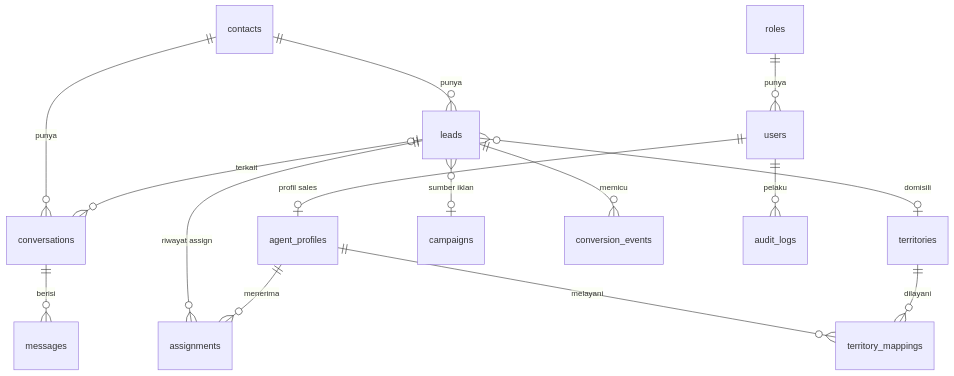
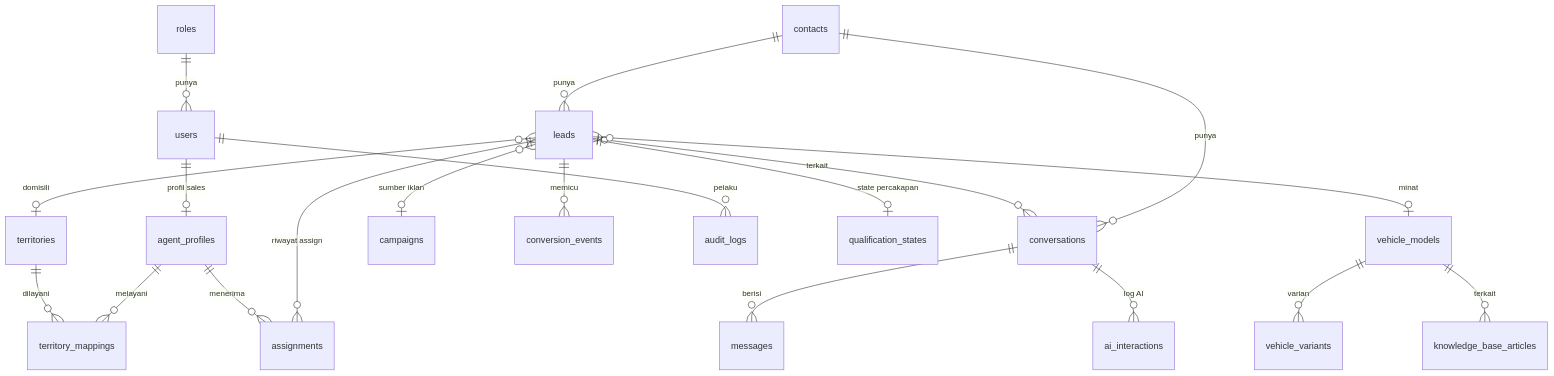
The diagram in docs/DATABASE_DESIGN.md (rezaalvinff/dipo-ai-lead-management), drawn with Mermaid before and after one commit. The commit also changed other lines of this file and 46 other files, not shown here.

````diff
--- a/docs/DATABASE_DESIGN.md
+++ b/docs/DATABASE_DESIGN.md
@@ -20,17 +20,22 @@
 ```mermaid
 erDiagram
     roles ||--o{ users : "punya"
     users ||--o| agent_profiles : "profil sales"
     agent_profiles ||--o{ territory_mappings : "melayani"
     territories ||--o{ territory_mappings : "dilayani"
     contacts ||--o{ leads : "punya"
     contacts ||--o{ conversations : "punya"
     conversations ||--o{ messages : "berisi"
     leads |o--o{ conversations : "terkait"
     leads ||--o{ assignments : "riwayat assign"
     agent_profiles ||--o{ assignments : "menerima"
     leads }o--o| territories : "domisili"
     leads }o--o| campaigns : "sumber iklan"
     leads ||--o{ conversion_events : "memicu"
     users ||--o{ audit_logs : "pelaku"
+    leads ||--o| qualification_states : "state percakapan"
+    vehicle_models ||--o{ vehicle_variants : "varian"
+    vehicle_models ||--o{ knowledge_base_articles : "terkait"
+    leads }o--o| vehicle_models : "minat"
+    conversations ||--o{ ai_interactions : "log AI"
 ```
````
